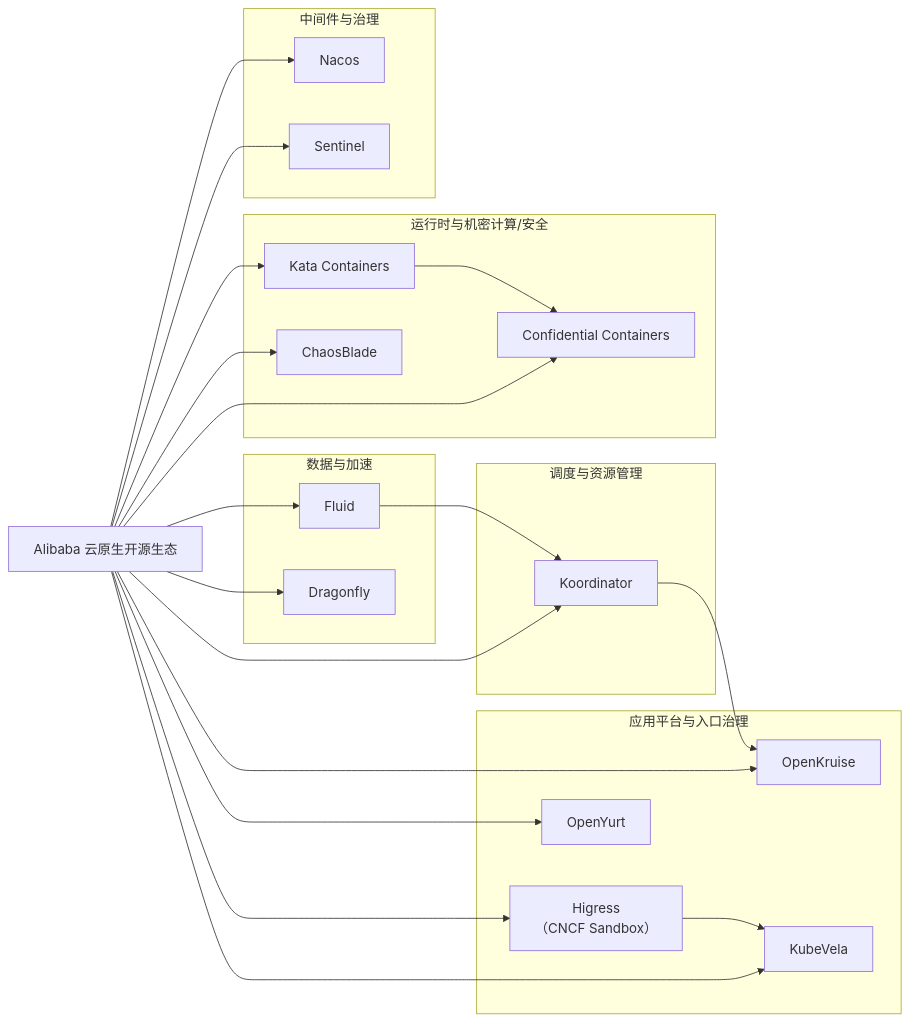
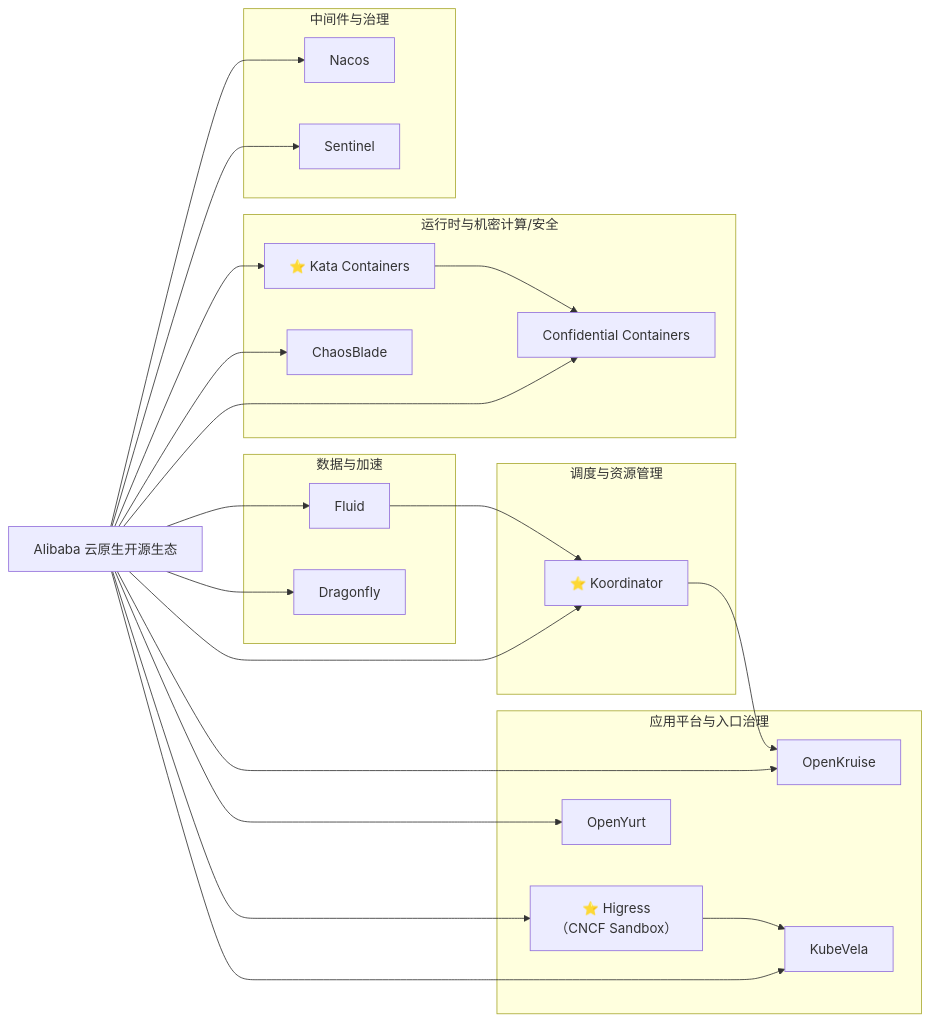
The diagram in case-study/alibaba.md (pacoxu/AI-Infra), drawn with Mermaid before and after one commit.

Commit message:
docs(case-study): star higress kata and koordinator in alibaba diagram

````diff
--- a/case-study/alibaba.md
+++ b/case-study/alibaba.md
@@ -10,49 +10,49 @@
 ```mermaid
 flowchart LR
   ALI["Alibaba 云原生开源生态"]
 
   subgraph APP["应用平台与入口治理"]
-    HIG["Higress<br/>（CNCF Sandbox）"]
+    HIG["⭐ Higress<br/>（CNCF Sandbox）"]
     OKR["OpenKruise"]
     KVL["KubeVela"]
     OY["OpenYurt"]
   end
 
   subgraph SCH["调度与资源管理"]
-    KRD["Koordinator"]
+    KRD["⭐ Koordinator"]
   end
 
   subgraph RTSEC["运行时与机密计算/安全"]
-    KATA["Kata Containers"]
+    KATA["⭐ Kata Containers"]
     COC["Confidential Containers"]
     CB["ChaosBlade"]
   end
 
   subgraph DATA["数据与加速"]
     FLUID["Fluid"]
     DFLY["Dragonfly"]
   end
 
   subgraph MIDDLE["中间件与治理"]
     NACOS["Nacos"]
     SENT["Sentinel"]
   end
 
   ALI --> HIG
   ALI --> OKR
   ALI --> KVL
   ALI --> OY
   ALI --> KRD
   ALI --> KATA
   ALI --> COC
   ALI --> CB
   ALI --> FLUID
   ALI --> DFLY
   ALI --> NACOS
   ALI --> SENT
 
   KRD --> OKR
   KATA --> COC
   HIG --> KVL
   FLUID --> KRD
 ```
````
